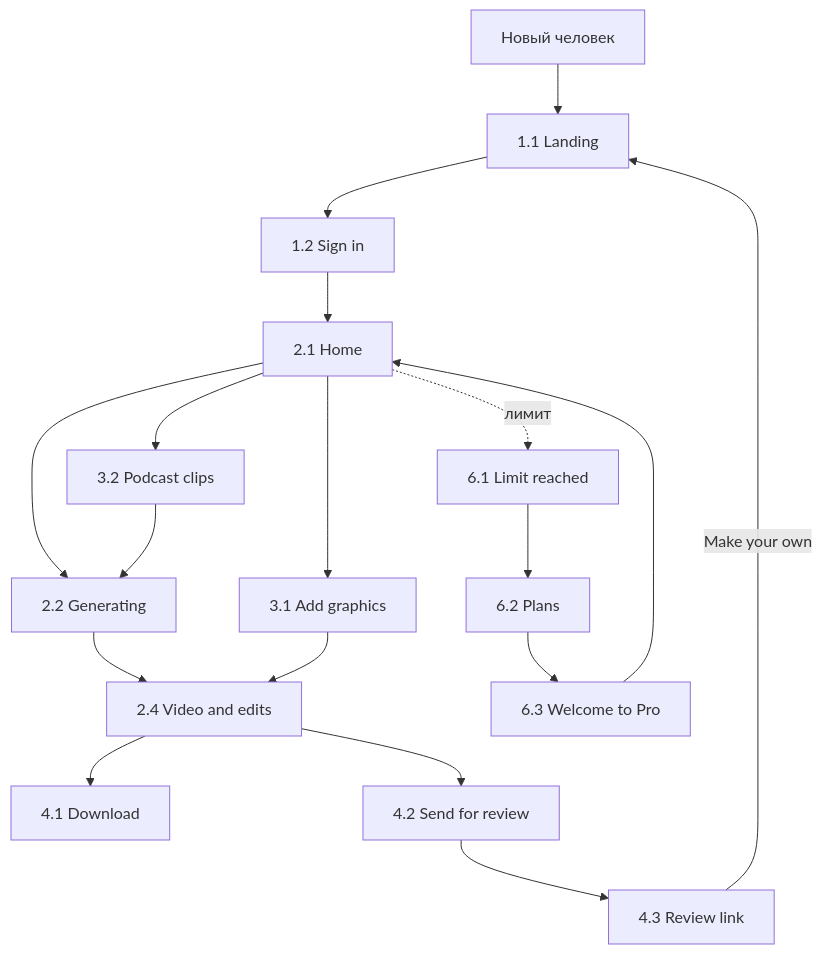
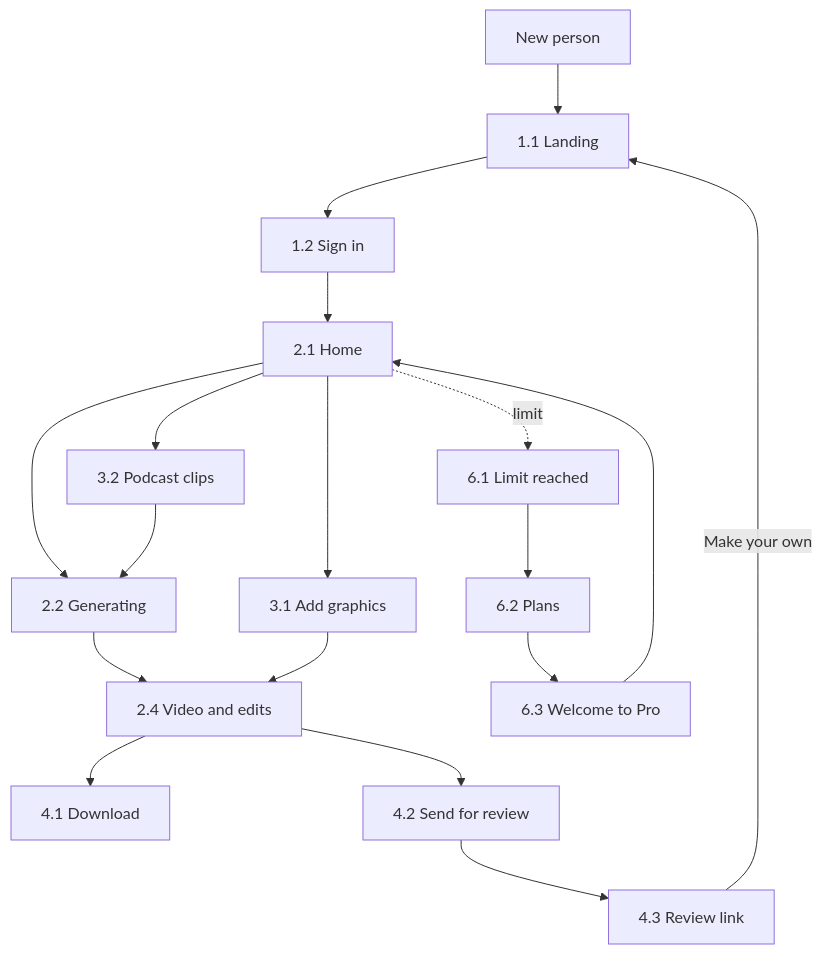
The first of 3 diagrams in docs/product/03-user-flows.md (Ramil3107/saymo), drawn with Mermaid before and after one commit. The commit also changed other lines of this file and 17 other files, not shown here.

````diff
--- a/docs/product/03-user-flows.md
+++ b/docs/product/03-user-flows.md
@@ -7,15 +7,15 @@
 ```mermaid
 flowchart TD
-  A[Новый человек] --> L[1.1 Landing]
+  A[New person] --> L[1.1 Landing]
   RV[4.3 Review link] -->|Make your own| L
   L --> S[1.2 Sign in]
   S --> H[2.1 Home]
   H --> G[2.2 Generating] --> R[2.4 Video and edits]
   H --> AG[3.1 Add graphics]
   H --> PC[3.2 Podcast clips]
   AG --> R
   PC --> G
   R --> DL[4.1 Download]
   R --> SH[4.2 Send for review] --> RV
-  H -.->|лимит| LR[6.1 Limit reached] --> P[6.2 Plans] --> W[6.3 Welcome to Pro] --> H
+  H -.->|limit| LR[6.1 Limit reached] --> P[6.2 Plans] --> W[6.3 Welcome to Pro] --> H
 ```
````
